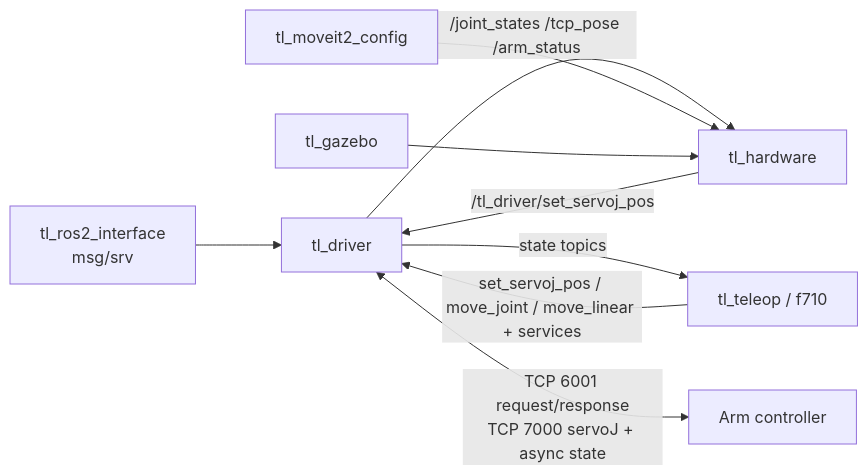
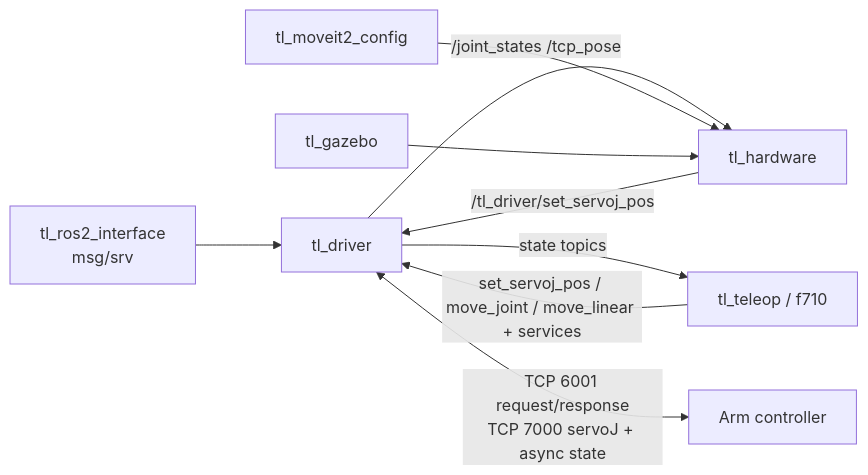
One commit to tlibot-cn/tl_robot_ros2 changed the diagram in AGENTS.md. Above: the diagram before and after it, drawn with Mermaid. The commit also changed other lines of this file and 41 other files, not shown here.

````diff
--- a/AGENTS.md
+++ b/AGENTS.md
@@ -20,11 +20,11 @@
 ```mermaid
 flowchart LR
   I[tl_ros2_interface<br/>msg/srv] --> D[tl_driver]
-  D -->|/joint_states /tcp_pose /arm_status| H[tl_hardware]
+  D -->|/joint_states /tcp_pose| H[tl_hardware]
   D -->|state topics| T[tl_teleop / f710]
   H -->|/tl_driver/set_servoj_pos| D
   T -->|set_servoj_pos / move_joint / move_linear + services| D
   D <-->|TCP 6001 request/response<br/>TCP 7000 servoJ + async state| C[Arm controller]
   M[tl_moveit2_config] --> H
   G[tl_gazebo] --> H
 ```
````
